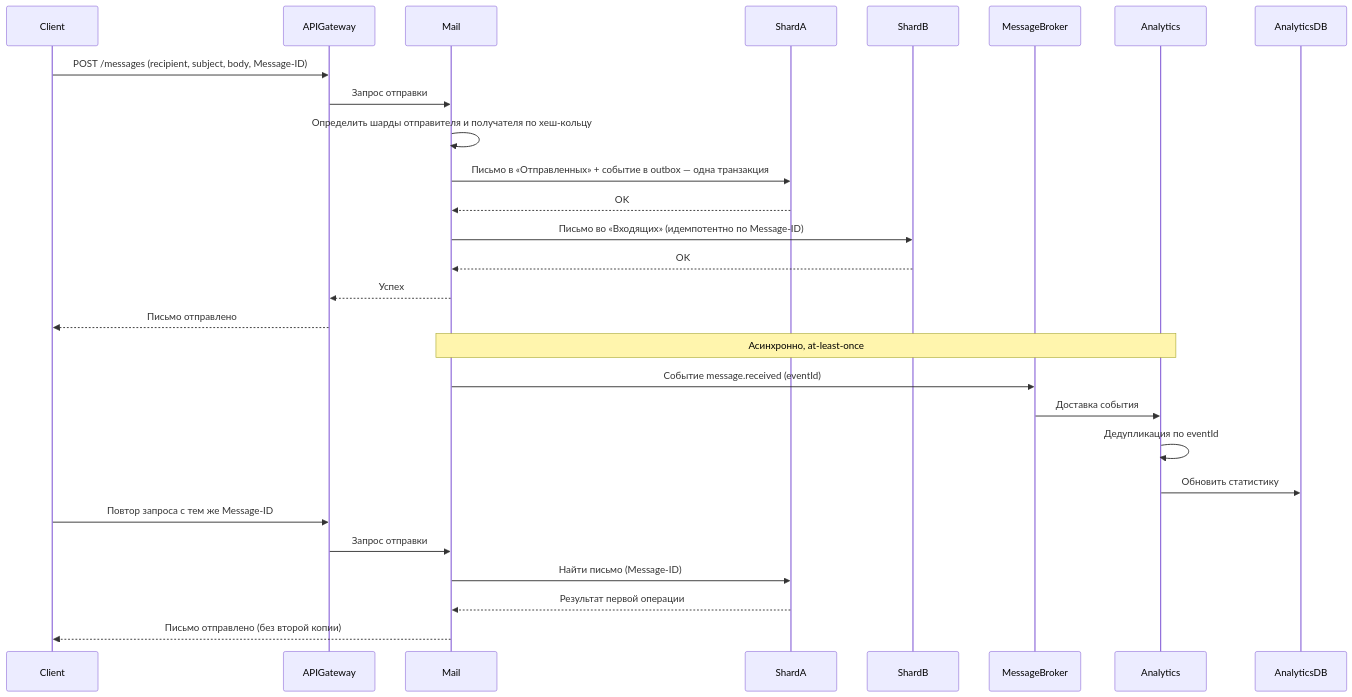
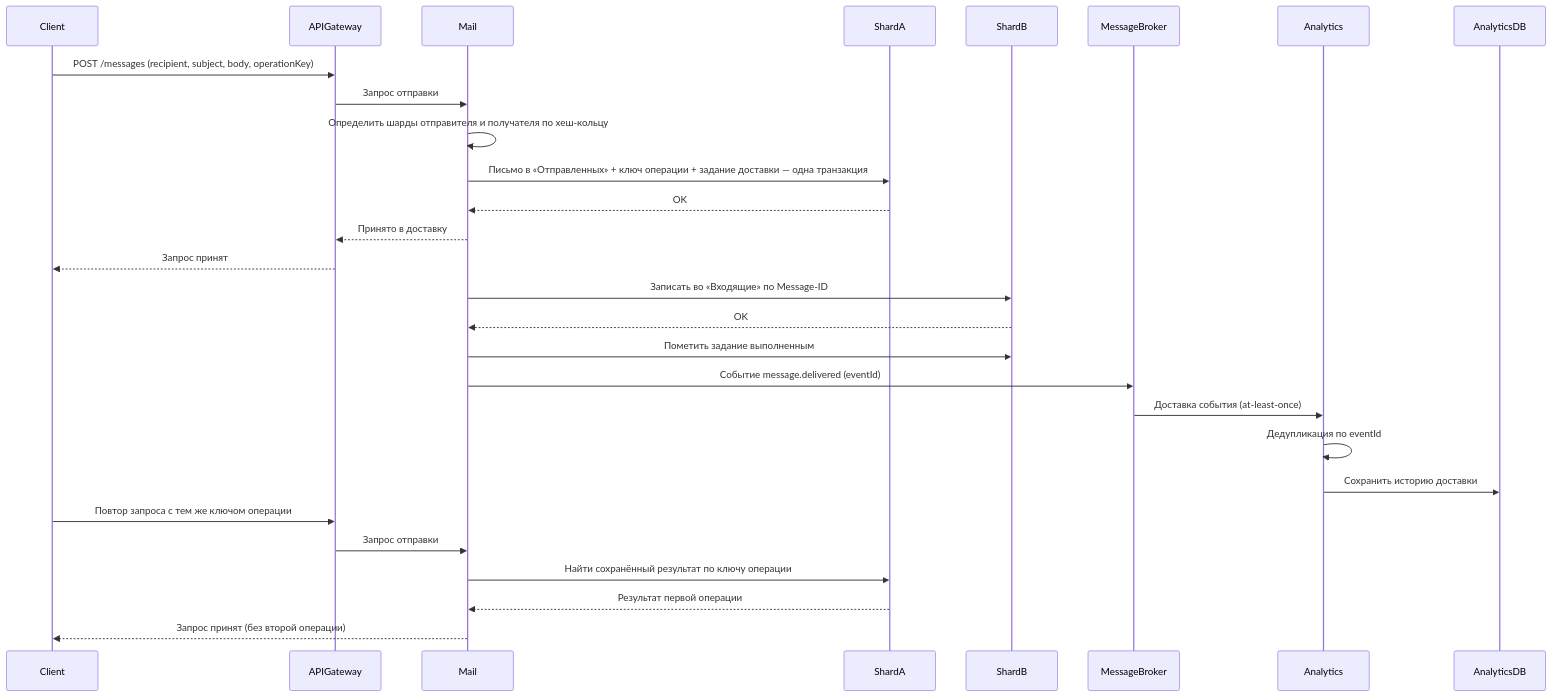
One commit to spbu-ds-practicum-2026/hydrolytes changed the second of 5 diagrams in docs/tr.md. Above: the diagram before and after it, drawn with Mermaid. The commit also changed other lines of this file, not shown here.

````diff
--- a/docs/tr.md
+++ b/docs/tr.md
@@ -208,31 +219,31 @@
 ```mermaid
 sequenceDiagram
   participant Client
   participant APIGateway
   participant Mail
   participant ShardA
   participant ShardB
   participant MessageBroker
   participant Analytics
   participant AnalyticsDB
 
-  Client->>APIGateway: POST /messages (recipient, subject, body, Message-ID)
+  Client->>APIGateway: POST /messages (recipient, subject, body, operationKey)
   APIGateway->>Mail: Запрос отправки
   Mail->>Mail: Определить шарды отправителя и получателя по хеш-кольцу
-  Mail->>ShardA: Письмо в «Отправленных» + событие в outbox — одна транзакция
+  Mail->>ShardA: Письмо в «Отправленных» + ключ операции + задание доставки — одна транзакция
   ShardA-->>Mail: OK
-  Mail->>ShardB: Письмо во «Входящих» (идемпотентно по Message-ID)
+  Mail-->>APIGateway: Принято в доставку
+  APIGateway-->>Client: Запрос принят
+  Mail->>ShardB: Записать во «Входящие» по Message-ID
   ShardB-->>Mail: OK
-  Mail-->>APIGateway: Успех
-  APIGateway-->>Client: Письмо отправлено
-  Note over Mail,Analytics: Асинхронно, at-least-once
-  Mail->>MessageBroker: Событие message.received (eventId)
-  MessageBroker->>Analytics: Доставка события
+  Mail->>ShardB: Пометить задание выполненным
+  Mail->>MessageBroker: Событие message.delivered (eventId)
+  MessageBroker->>Analytics: Доставка события (at-least-once)
   Analytics->>Analytics: Дедупликация по eventId
-  Analytics->>AnalyticsDB: Обновить статистику
-  Client->>APIGateway: Повтор запроса с тем же Message-ID
+  Analytics->>AnalyticsDB: Сохранить историю доставки
+  Client->>APIGateway: Повтор запроса с тем же ключом операции
   APIGateway->>Mail: Запрос отправки
-  Mail->>ShardA: Найти письмо (Message-ID)
+  Mail->>ShardA: Найти сохранённый результат по ключу операции
   ShardA-->>Mail: Результат первой операции
-  Mail-->>Client: Письмо отправлено (без второй копии)
+  Mail-->>Client: Запрос принят (без второй операции)
 ```
````
